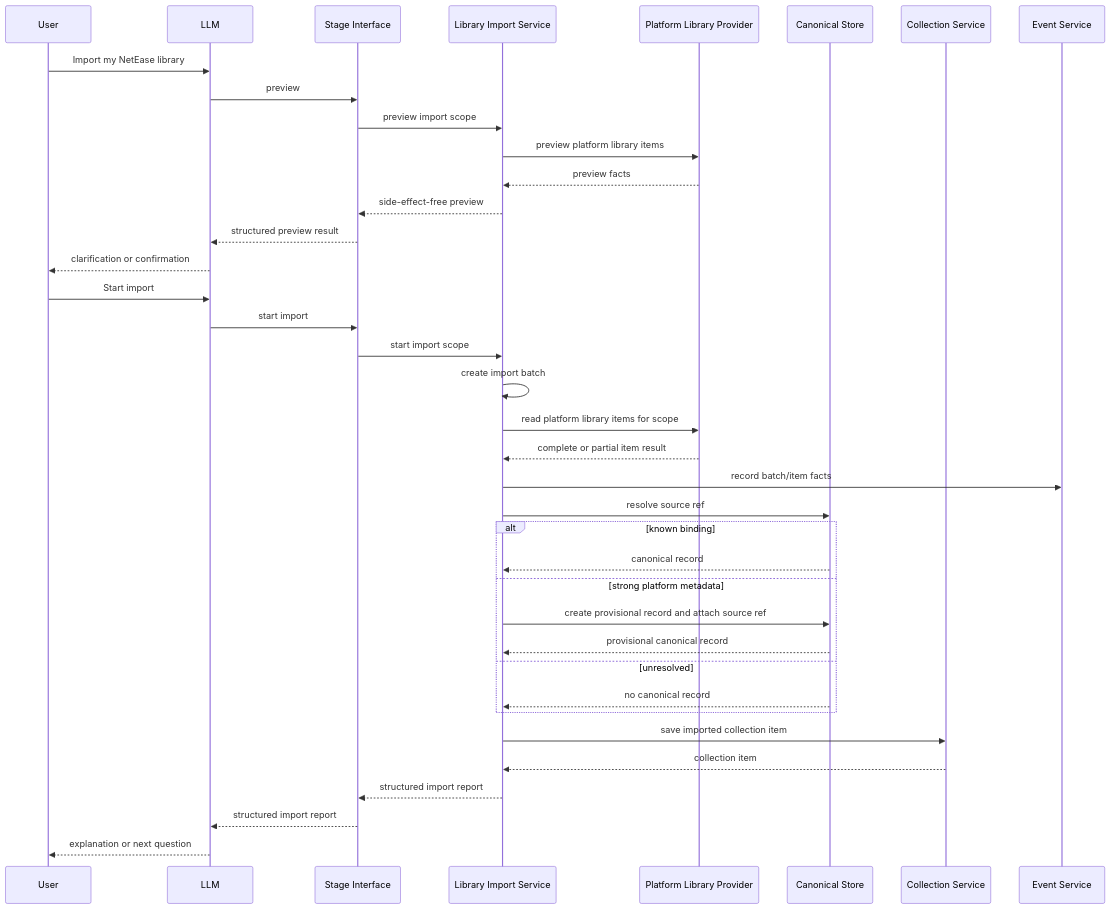
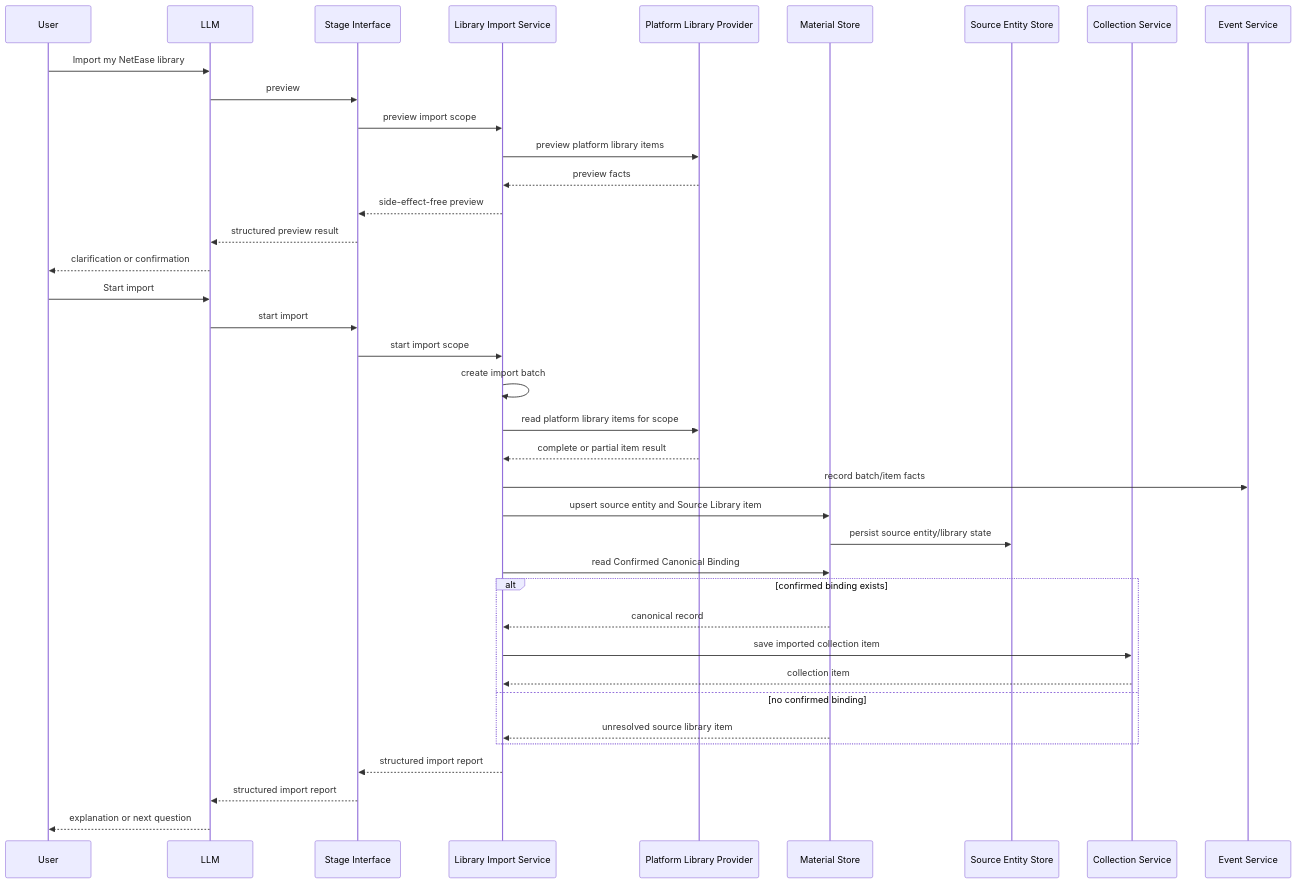
One commit to Odefined/MineMusic changed the second of 2 diagrams in docs/library-import/design.md. Above: the diagram before and after it, drawn with Mermaid. The commit also changed other lines of this file and 7 other files, not shown here.

Commit message:
docs: sync material store source entity state

````diff
--- a/docs/library-import/design.md
+++ b/docs/library-import/design.md
@@ -414,41 +419,41 @@
 ```mermaid
 sequenceDiagram
     participant User
     participant LLM
     participant Stage as Stage Interface
     participant Import as Library Import Service
     participant Provider as Platform Library Provider
-    participant Canonical as Canonical Store
+    participant Material as Material Store
+    participant SourceEntity as Source Entity Store
     participant Collection as Collection Service
     participant Events as Event Service
 
     User->>LLM: Import my NetEase library
     LLM->>Stage: preview
     Stage->>Import: preview import scope
     Import->>Provider: preview platform library items
     Provider-->>Import: preview facts
     Import-->>Stage: side-effect-free preview
     Stage-->>LLM: structured preview result
     LLM-->>User: clarification or confirmation
     User->>LLM: Start import
     LLM->>Stage: start import
     Stage->>Import: start import scope
     Import->>Import: create import batch
     Import->>Provider: read platform library items for scope
     Provider-->>Import: complete or partial item result
     Import->>Events: record batch/item facts
-    Import->>Canonical: resolve source ref
-    alt known binding
-        Canonical-->>Import: canonical record
-    else strong platform metadata
-        Import->>Canonical: create provisional record and attach source ref
-        Canonical-->>Import: provisional canonical record
-    else unresolved
-        Canonical-->>Import: no canonical record
+    Import->>Material: upsert source entity and Source Library item
+    Material->>SourceEntity: persist source entity/library state
+    Import->>Material: read Confirmed Canonical Binding
+    alt confirmed binding exists
+        Material-->>Import: canonical record
+        Import->>Collection: save imported collection item
+        Collection-->>Import: collection item
+    else no confirmed binding
+        Material-->>Import: unresolved source library item
     end
-    Import->>Collection: save imported collection item
-    Collection-->>Import: collection item
     Import-->>Stage: structured import report
     Stage-->>LLM: structured import report
     LLM-->>User: explanation or next question
 ```
````
